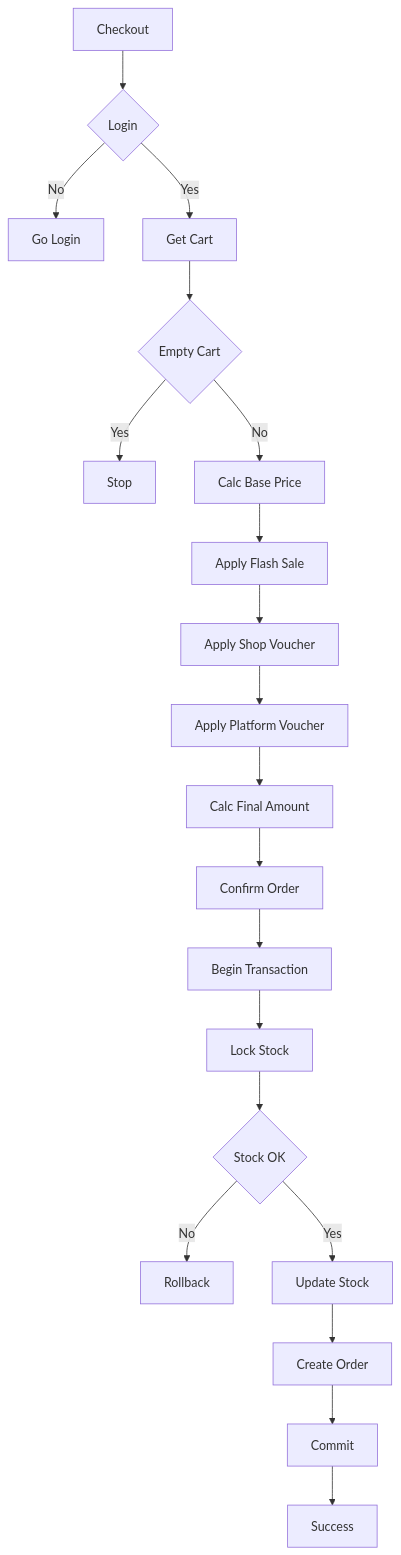
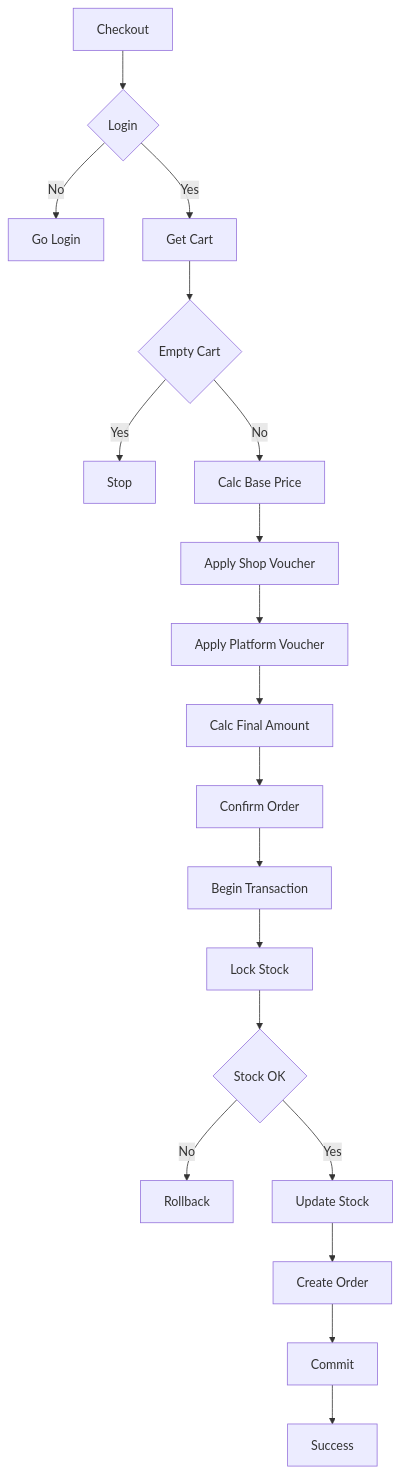
One commit to LeTranQuocDung/Group-6 changed the first of 2 diagrams in docs/analysis/checkout_voucher.md. Above: the diagram before and after it, drawn with Mermaid.

````diff
--- a/docs/analysis/checkout_voucher.md
+++ b/docs/analysis/checkout_voucher.md
@@ -5,28 +5,28 @@
 ```mermaid
 graph TD
     A[Checkout] --> B{Login}
     B -->|No| B1[Go Login]
     B -->|Yes| C[Get Cart]
 
     C --> D{Empty Cart}
     D -->|Yes| D1[Stop]
     D -->|No| E[Calc Base Price]
 
-    E --> F[Apply Flash Sale]
-    F --> G[Apply Shop Voucher]
+    
+    E --> G[Apply Shop Voucher]
     G --> H[Apply Platform Voucher]
 
     H --> I[Calc Final Amount]
     I --> J[Confirm Order]
 
     J --> K[Begin Transaction]
     K --> L[Lock Stock]
 
     L --> M{Stock OK}
     M -->|No| N[Rollback]
     M -->|Yes| O[Update Stock]
 
     O --> P[Create Order]
     P --> Q[Commit]
     Q --> R[Success]
 ```
````
